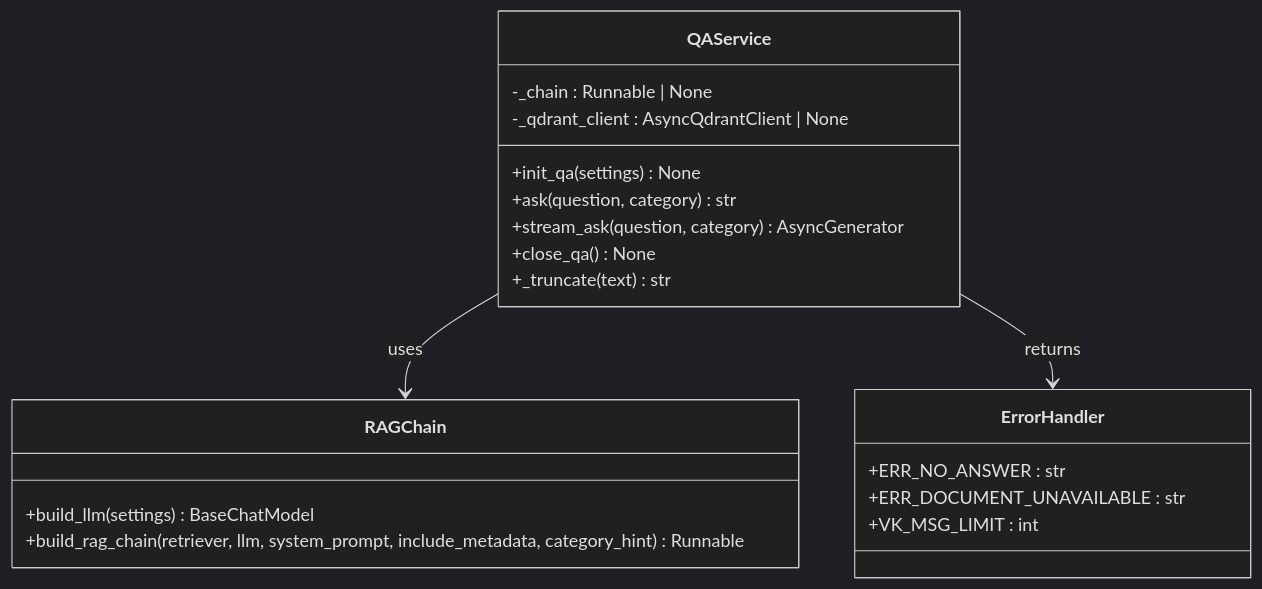
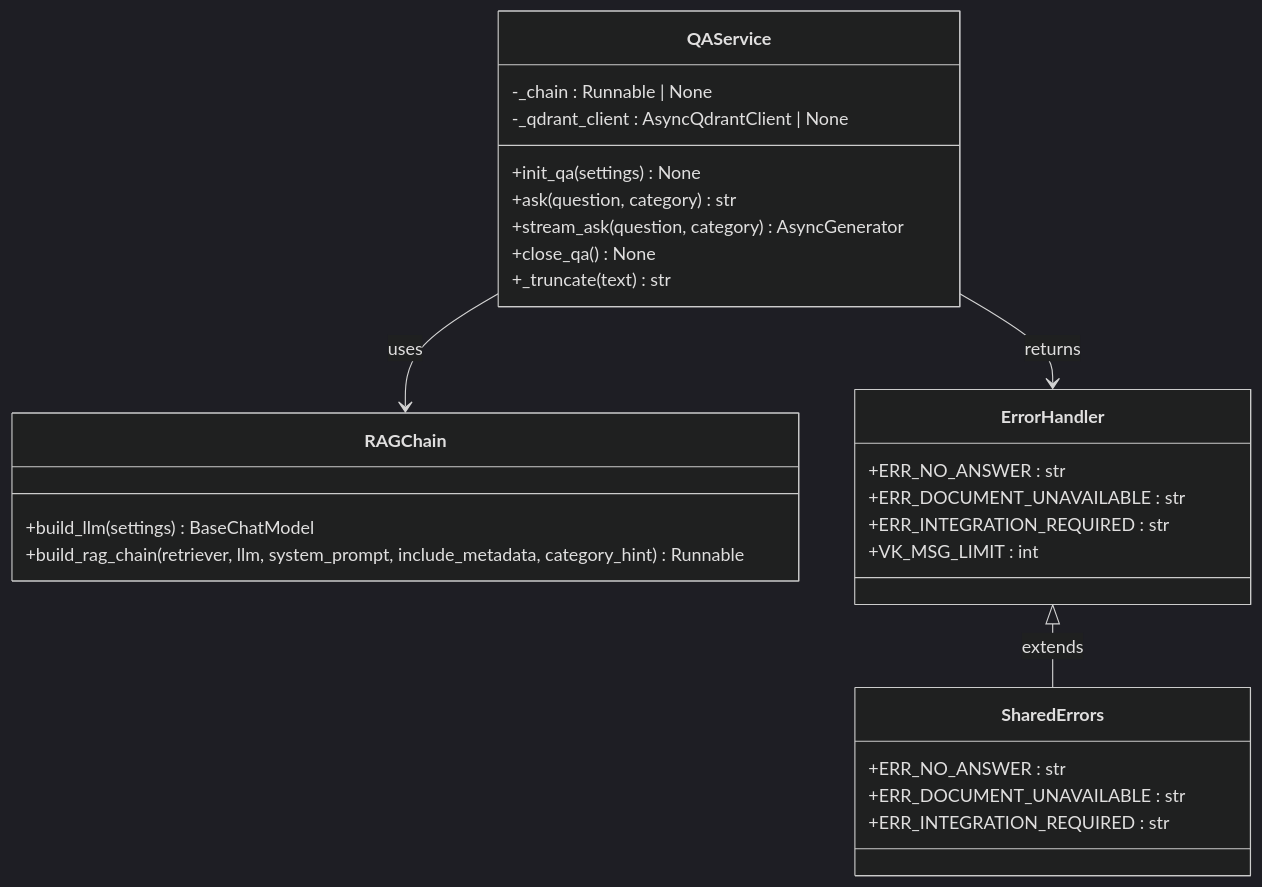
Before and after one commit to ognelis/cafetera_hr_bot: diagram 19 of 35 in .qoder/repowiki/en/content/VK Integration/VK Integration.md, drawn with Mermaid (dark theme). The commit also changed other lines of this file and 51 other files, not shown here.

````diff
--- a/.qoder/repowiki/en/content/VK Integration/VK Integration.md
+++ b/.qoder/repowiki/en/content/VK Integration/VK Integration.md
@@ -772,23 +1071,30 @@
 ```mermaid
 classDiagram
 class QAService {
 -_chain : Runnable | None
 -_qdrant_client : AsyncQdrantClient | None
 +init_qa(settings) None
 +ask(question, category) str
 +stream_ask(question, category) AsyncGenerator
 +close_qa() None
 +_truncate(text) str
 }
 class RAGChain {
 +build_llm(settings) BaseChatModel
 +build_rag_chain(retriever, llm, system_prompt, include_metadata, category_hint) Runnable
 }
 class ErrorHandler {
 +ERR_NO_ANSWER : str
 +ERR_DOCUMENT_UNAVAILABLE : str
++ERR_INTEGRATION_REQUIRED : str
 +VK_MSG_LIMIT : int
+}
+class SharedErrors {
++ERR_NO_ANSWER : str
++ERR_DOCUMENT_UNAVAILABLE : str
++ERR_INTEGRATION_REQUIRED : str
 }
 QAService --> RAGChain : uses
 QAService --> ErrorHandler : returns
+ErrorHandler <|-- SharedErrors : extends
 ```
````
